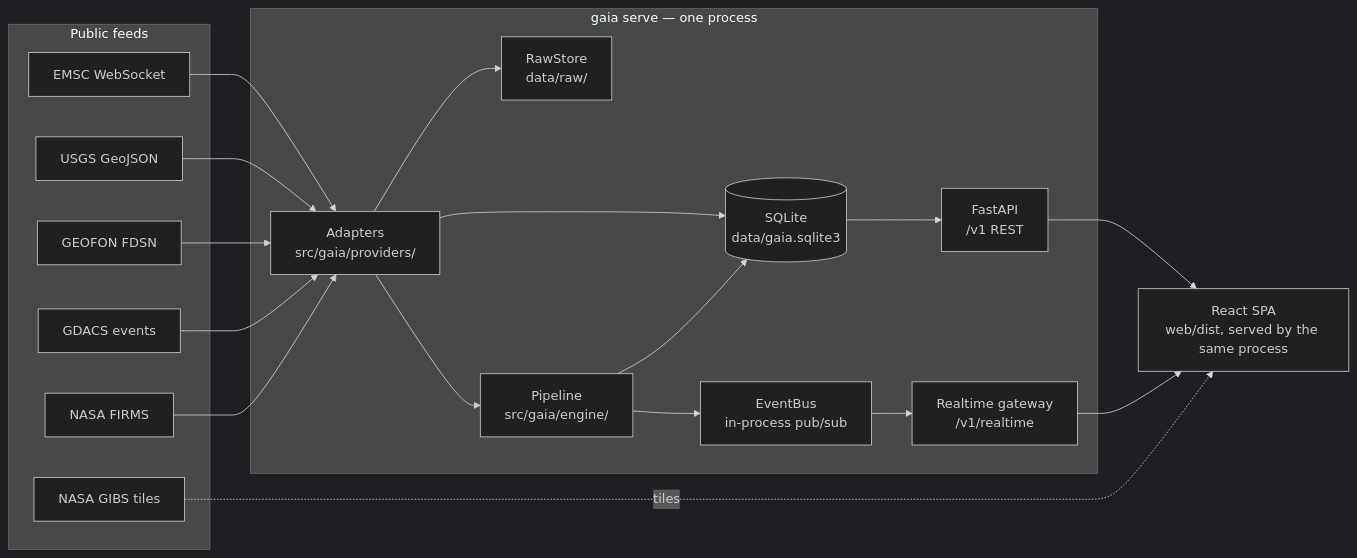
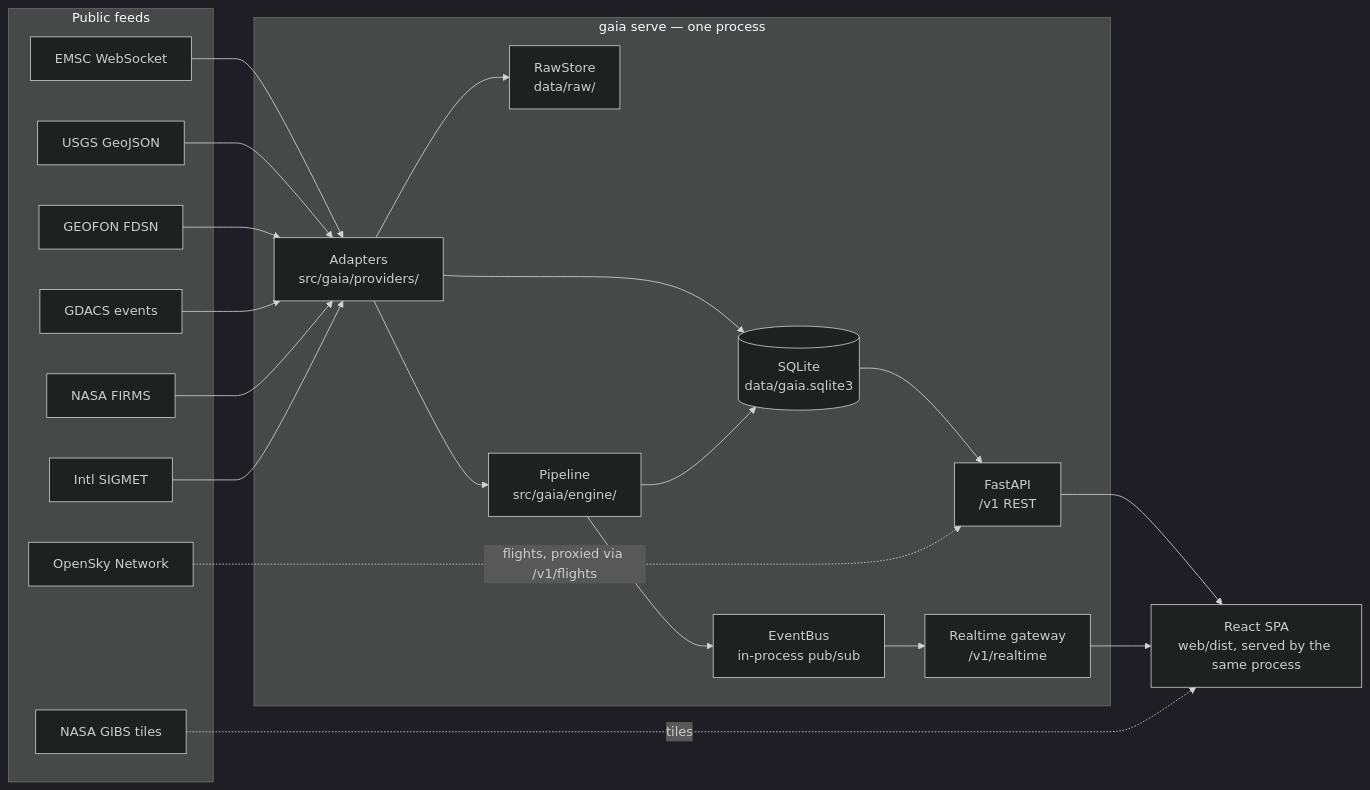
The diagram in docs/architecture.md (bingkil/gaia), drawn with Mermaid (dark theme) before and after one commit. The commit also changed other lines of this file and 31 other files, not shown here.

First line of the commit message:
Add flight tracking, automated ash ingest via ISIGMET, and topbar/panel redesign

````diff
--- a/docs/architecture.md
+++ b/docs/architecture.md
@@ -9,35 +9,38 @@
 ```mermaid
 flowchart LR
     subgraph Providers["Public feeds"]
         EMSC[EMSC WebSocket]
         USGS[USGS GeoJSON]
         GEOFON[GEOFON FDSN]
         GDACS[GDACS events]
         FIRMS[NASA FIRMS]
+        ISIGMET[Intl SIGMET]
         GIBS[NASA GIBS tiles]
+        OpenSky[OpenSky Network]
     end
 
     subgraph GAIA["gaia serve — one process"]
         Adapters["Adapters\nsrc/gaia/providers/"]
         Raw["RawStore\ndata/raw/"]
         Pipeline["Pipeline\nsrc/gaia/engine/"]
         DB[("SQLite\ndata/gaia.sqlite3")]
         Bus["EventBus\nin-process pub/sub"]
         API["FastAPI\n/v1 REST"]
         WS["Realtime gateway\n/v1/realtime"]
     end
 
     Web["React SPA\nweb/dist, served by the same process"]
 
-    EMSC & USGS & GEOFON & GDACS & FIRMS --> Adapters
+    EMSC & USGS & GEOFON & GDACS & FIRMS & ISIGMET --> Adapters
     Adapters --> Raw
     Adapters --> DB
     Adapters --> Pipeline
     Pipeline --> DB
     Pipeline --> Bus
     Bus --> WS
     DB --> API
     API --> Web
     WS --> Web
     GIBS -.tiles.-> Web
+    OpenSky -.flights, proxied via /v1/flights.-> API
 ```
````
